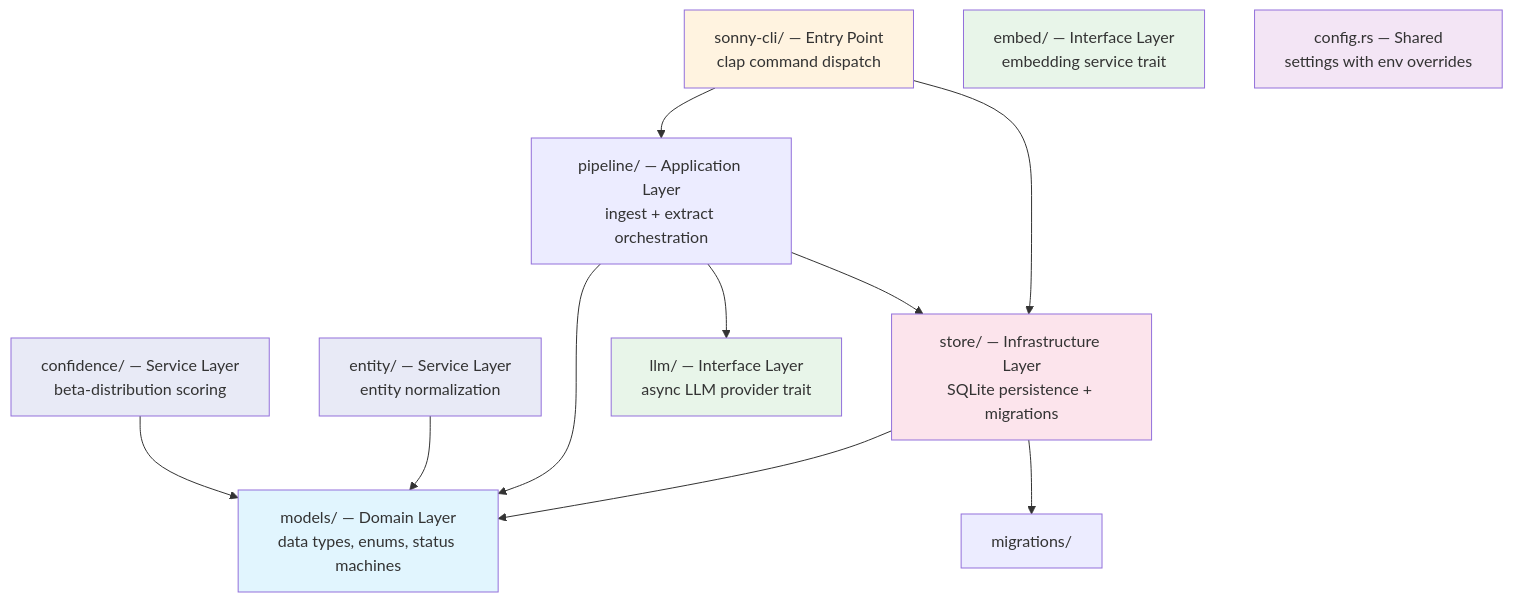
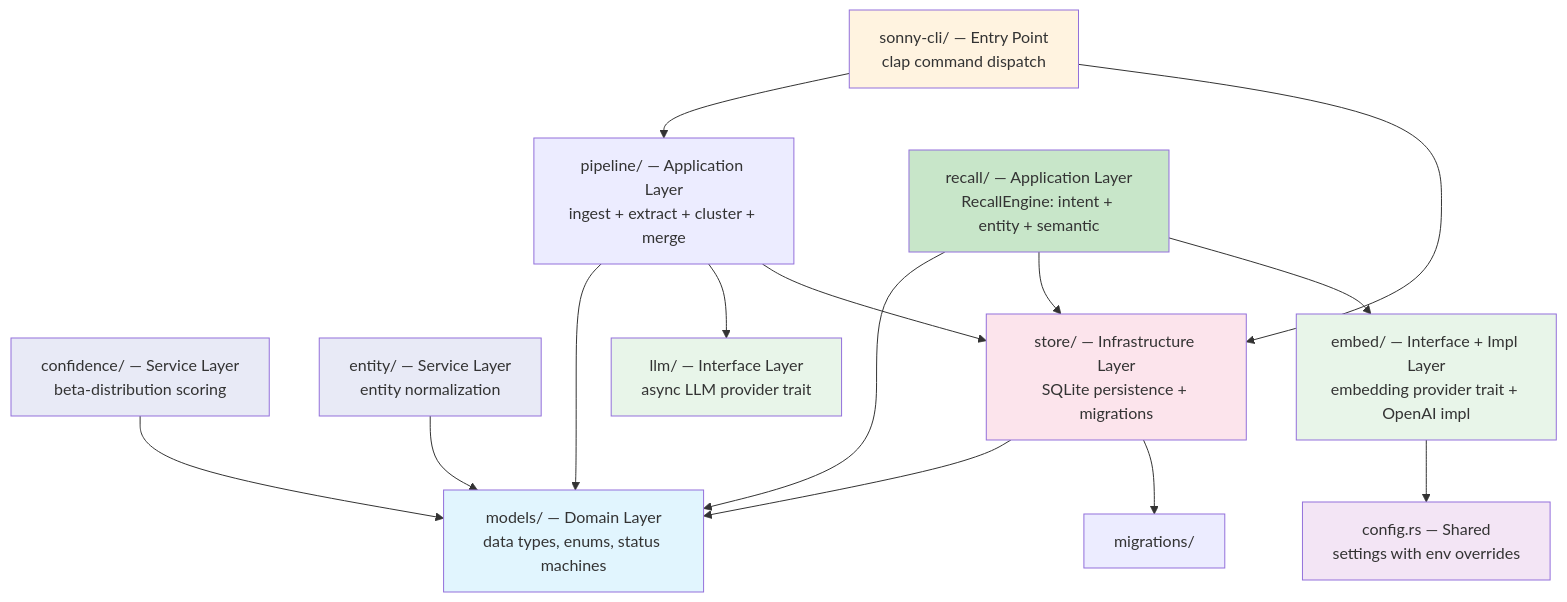
One commit to neostfox/sonny changed the third of 6 diagrams in .ctl/spec/backend/index.md. Above: the diagram before and after it, drawn with Mermaid. The commit also changed other lines of this file and 19 other files, not shown here.

First line of the commit message:
Implement P4-A recall engine

````diff
--- a/.ctl/spec/backend/index.md
+++ b/.ctl/spec/backend/index.md
@@ -78,31 +79,37 @@
 ```mermaid
 graph TD
     CLI["sonny-cli/ — Entry Point<br/>clap command dispatch"]
-    PIPE["pipeline/ — Application Layer<br/>ingest + extract orchestration"]
+    PIPE["pipeline/ — Application Layer<br/>ingest + extract + cluster + merge"]
+    RECALL["recall/ — Application Layer<br/>RecallEngine: intent + entity + semantic"]
     MODELS["models/ — Domain Layer<br/>data types, enums, status machines"]
     CONF["confidence/ — Service Layer<br/>beta-distribution scoring"]
     ENTITY["entity/ — Service Layer<br/>entity normalization"]
     STORE["store/ — Infrastructure Layer<br/>SQLite persistence + migrations"]
     LLM["llm/ — Interface Layer<br/>async LLM provider trait"]
-    EMBED["embed/ — Interface Layer<br/>embedding service trait"]
+    EMBED["embed/ — Interface + Impl Layer<br/>embedding provider trait + OpenAI impl"]
     CONFIG["config.rs — Shared<br/>settings with env overrides"]
 
     CLI --> PIPE
     CLI --> STORE
     PIPE --> MODELS
     PIPE --> LLM
     PIPE --> STORE
+    RECALL --> MODELS
+    RECALL --> STORE
+    RECALL --> EMBED
     STORE --> MODELS
     STORE --> MIG["migrations/"]
     ENTITY --> MODELS
     CONF --> MODELS
+    EMBED --> CONFIG
 
     style MODELS fill:#e1f5fe
     style CLI fill:#fff3e0
     style STORE fill:#fce4ec
     style LLM fill:#e8f5e9
     style EMBED fill:#e8f5e9
     style CONFIG fill:#f3e5f5
     style CONF fill:#e8eaf6
     style ENTITY fill:#e8eaf6
+    style RECALL fill:#c8e6c9
 ```
````
